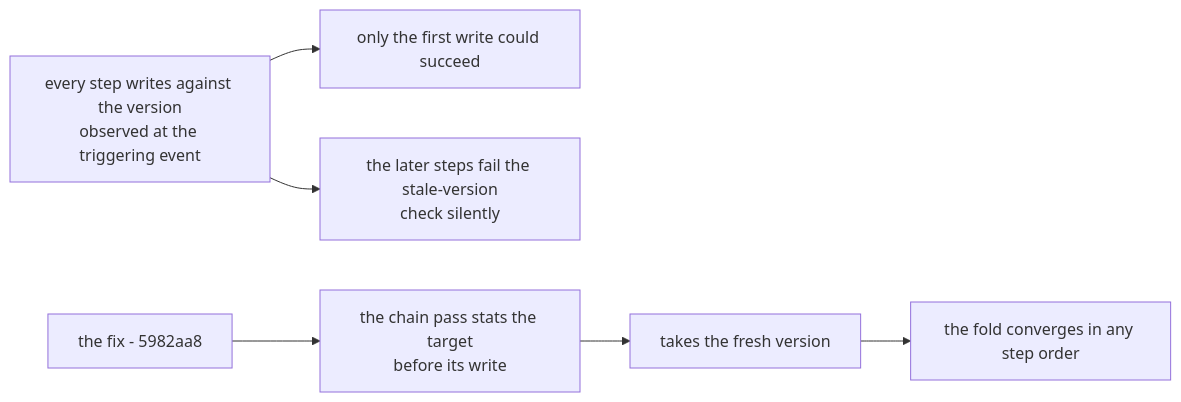
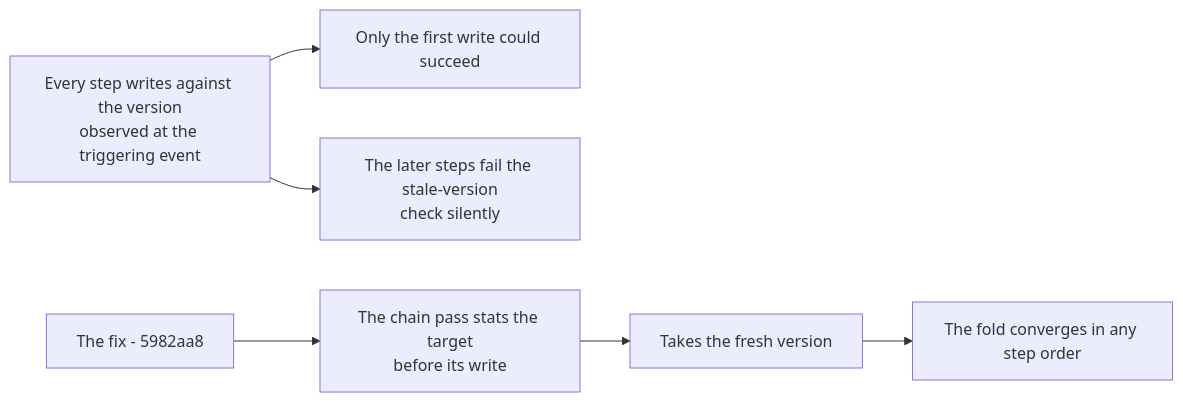
One commit to PlayForm/Site-DeepSeek changed the diagram in Source/Content/Mermaid/case-p5-stat-guard.mmd. Above: the diagram before and after it, drawn with Mermaid. The commit also changed 341 other files, not shown here.

```diff
--- a/Source/Content/Mermaid/case-p5-stat-guard.mmd
+++ b/Source/Content/Mermaid/case-p5-stat-guard.mmd
@@ -1,11 +1,11 @@
 flowchart LR
-	BUG["every step writes against the version<br/>observed at the triggering event"]
-	FIRST["only the first write could succeed"]
-	SILENT["the later steps fail the stale-version<br/>check silently"]
-	FIX["the fix - 5982aa8"]
-	STAT["the chain pass stats the target<br/>before its write"]
-	FRESH["takes the fresh version"]
-	CONVERGE["the fold converges in any step order"]
+	BUG["Every step writes against the version<br/>observed at the triggering event"]
+	FIRST["Only the first write could succeed"]
+	SILENT["The later steps fail the stale-version<br/>check silently"]
+	FIX["The fix - 5982aa8"]
+	STAT["The chain pass stats the target<br/>before its write"]
+	FRESH["Takes the fresh version"]
+	CONVERGE["The fold converges in any step order"]
 	BUG --> FIRST
 	BUG --> SILENT
 	FIX --> STAT --> FRESH --> CONVERGE
```
